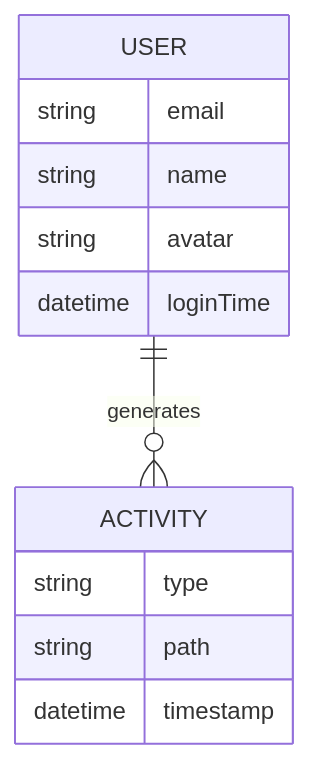
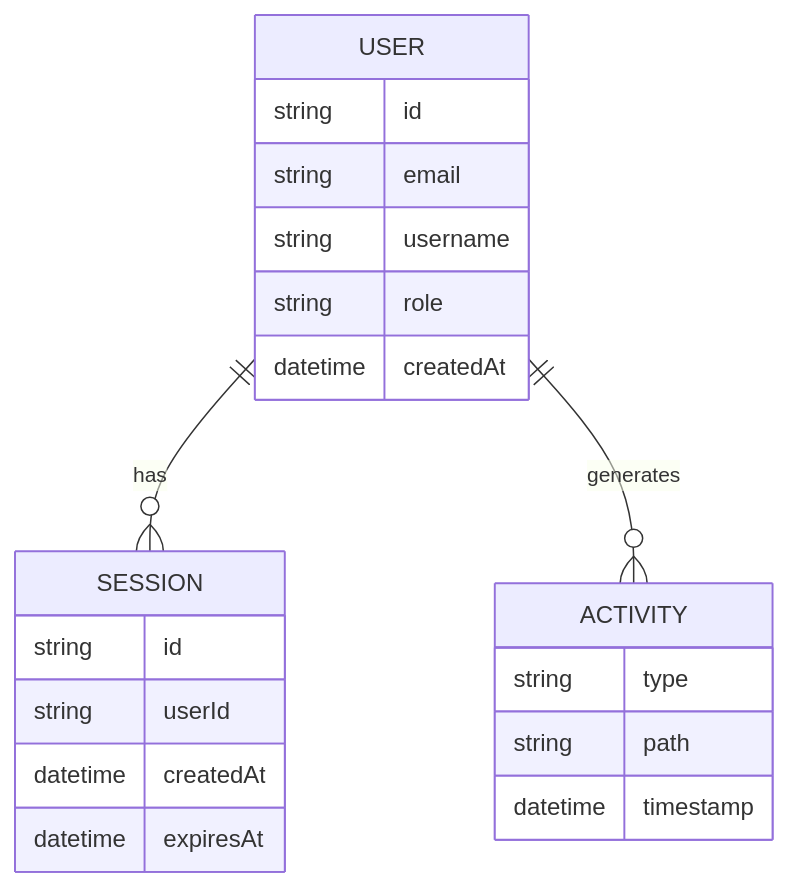
The third of 3 diagrams in _docs/user-flow-diagram.md (ctavolazzi/howtowincapitalism), drawn with Mermaid before and after one commit. The commit also changed other lines of this file and 3 other files, not shown here.

````diff
--- a/_docs/user-flow-diagram.md
+++ b/_docs/user-flow-diagram.md
@@ -155,15 +226,23 @@
 ```mermaid
 erDiagram
+    USER ||--o{ SESSION : has
     USER ||--o{ ACTIVITY : generates
     USER {
+        string id
         string email
-        string name
-        string avatar
-        datetime loginTime
+        string username
+        string role
+        datetime createdAt
+    }
+    SESSION {
+        string id
+        string userId
+        datetime createdAt
+        datetime expiresAt
     }
     ACTIVITY {
         string type
         string path
         datetime timestamp
     }
 ```
````
